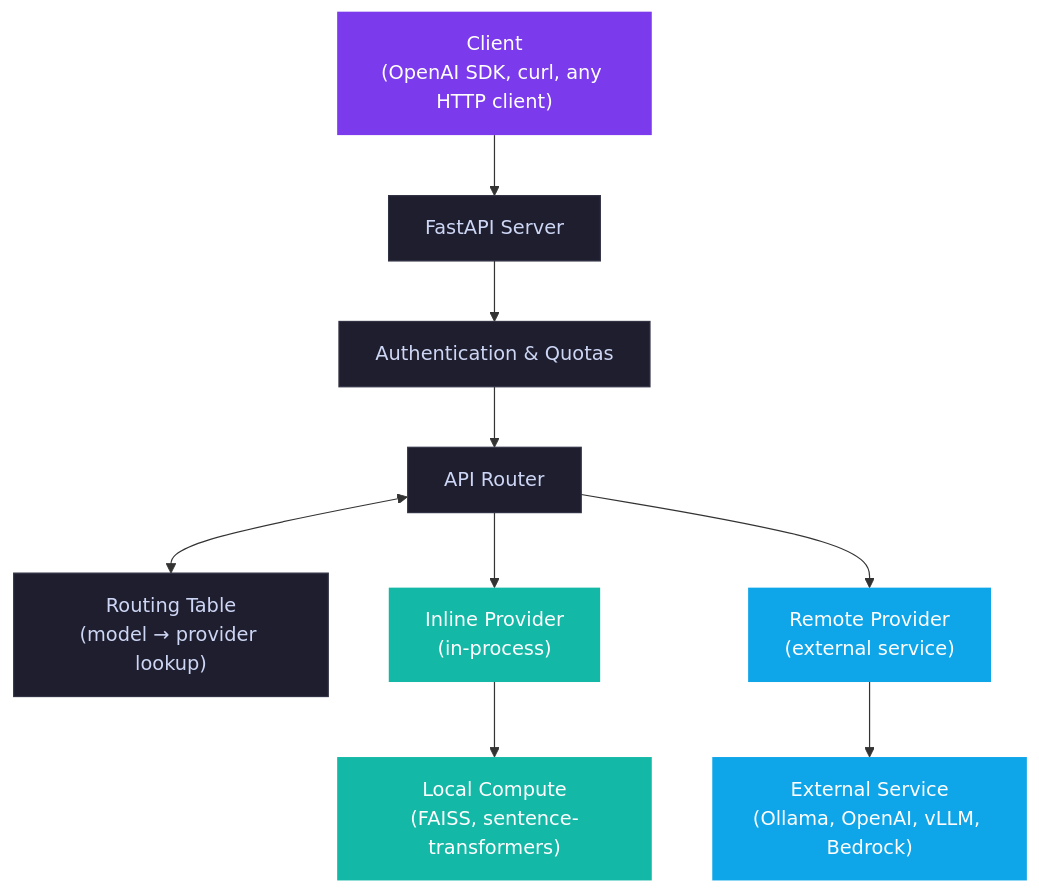
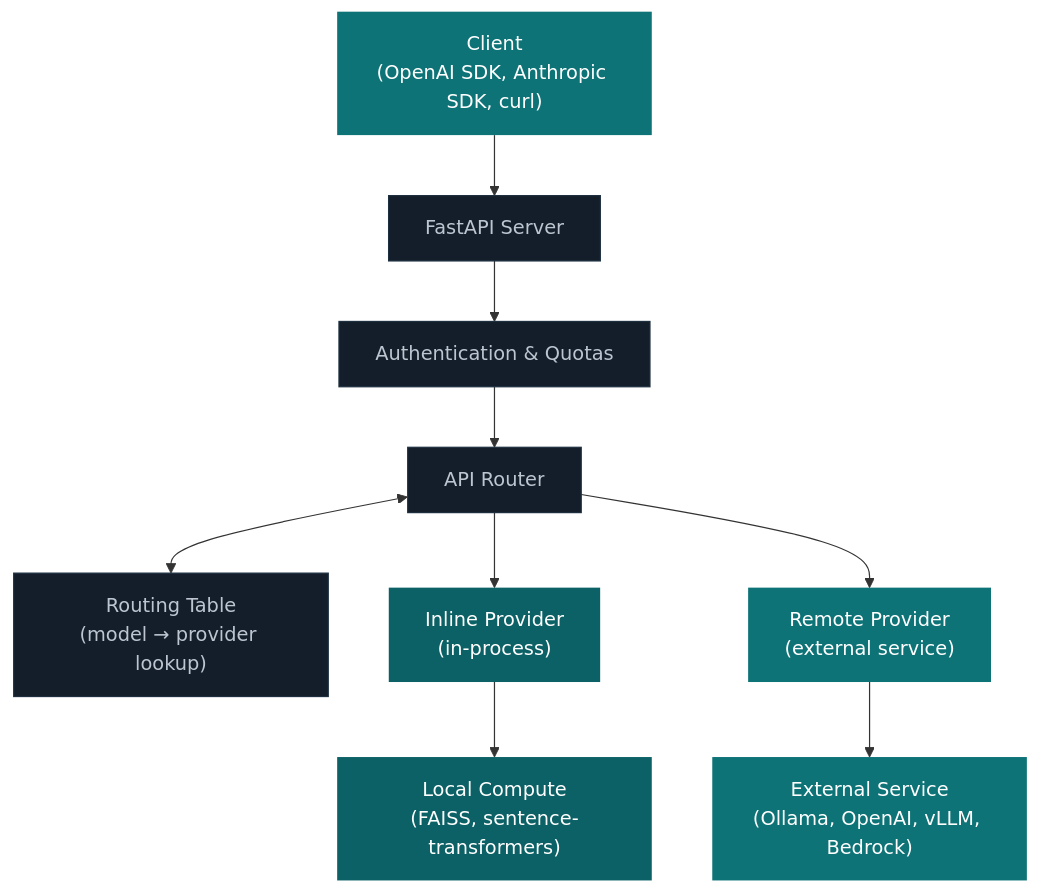
Before and after one commit to skamenan7/llama-stack: the diagram in docs/docs/concepts/architecture.mdx, drawn with Mermaid. The commit also changed other lines of this file and 13 other files, not shown here.

````diff
--- a/docs/docs/concepts/architecture.mdx
+++ b/docs/docs/concepts/architecture.mdx
@@ -23,31 +35,31 @@
 ```mermaid
 flowchart TD
-    Client["Client\n(OpenAI SDK, curl, any HTTP client)"]
+    Client["Client\n(OpenAI SDK, Anthropic SDK, curl)"]
     Server["FastAPI Server"]
     Auth["Authentication & Quotas"]
     Router["API Router"]
     RT["Routing Table\n(model → provider lookup)"]
     Inline["Inline Provider\n(in-process)"]
     Remote["Remote Provider\n(external service)"]
     Local["Local Compute\n(FAISS, sentence-transformers)"]
     External["External Service\n(Ollama, OpenAI, vLLM, Bedrock)"]
 
     Client --> Server
     Server --> Auth
     Auth --> Router
     Router <--> RT
     Router --> Inline
     Router --> Remote
     Inline --> Local
     Remote --> External
 
-    style Client fill:#7c3aed,color:#fff,stroke:none
-    style Server fill:#1e1e2e,color:#cdd6f4,stroke:#313244
-    style Auth fill:#1e1e2e,color:#cdd6f4,stroke:#313244
-    style Router fill:#1e1e2e,color:#cdd6f4,stroke:#313244
-    style RT fill:#1e1e2e,color:#cdd6f4,stroke:#313244
-    style Inline fill:#14b8a6,color:#fff,stroke:none
-    style Remote fill:#0ea5e9,color:#fff,stroke:none
-    style Local fill:#14b8a6,color:#fff,stroke:none
-    style External fill:#0ea5e9,color:#fff,stroke:none
+    style Client fill:#0d7377,color:#fff,stroke:none
+    style Server fill:#131e2a,color:#bcc5d0,stroke:#1e3040
+    style Auth fill:#131e2a,color:#bcc5d0,stroke:#1e3040
+    style Router fill:#131e2a,color:#bcc5d0,stroke:#1e3040
+    style RT fill:#131e2a,color:#bcc5d0,stroke:#1e3040
+    style Inline fill:#0b6165,color:#fff,stroke:none
+    style Remote fill:#0d7377,color:#fff,stroke:none
+    style Local fill:#0b6165,color:#fff,stroke:none
+    style External fill:#0d7377,color:#fff,stroke:none
 ```
````
